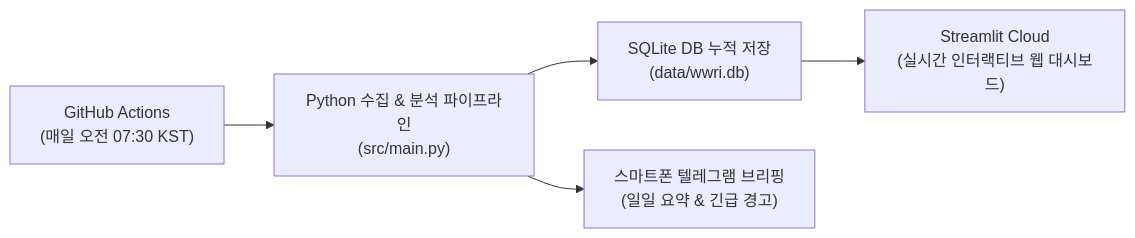
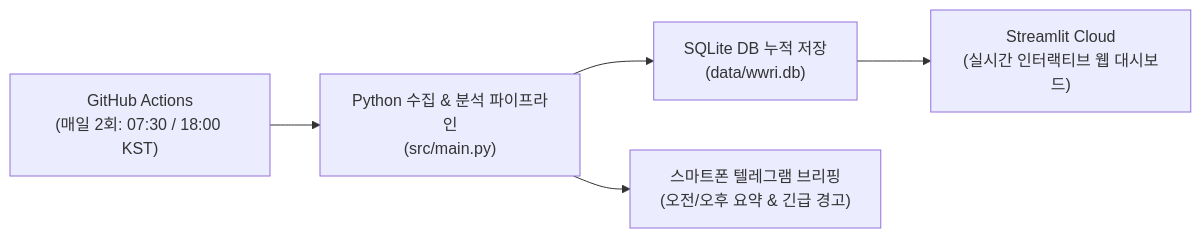
Before and after one commit to expert-san/war-risk-tracker: the diagram in README.md, drawn with Mermaid. The commit also changed 2 other files, not shown here.

Commit message:
feat: schedule twice-daily monitor runs (07:30 and 18:00 KST)

````diff
--- a/README.md
+++ b/README.md
@@ -10,7 +10,7 @@
 ```mermaid
 flowchart LR
-    A["GitHub Actions<br>(매일 오전 07:30 KST)"] --> B["Python 수집 & 분석 파이프라인<br>(src/main.py)"]
+    A["GitHub Actions<br>(매일 2회: 07:30 / 18:00 KST)"] --> B["Python 수집 & 분석 파이프라인<br>(src/main.py)"]
     B --> C["SQLite DB 누적 저장<br>(data/wwri.db)"]
-    B --> D["스마트폰 텔레그램 브리핑<br>(일일 요약 & 긴급 경고)"]
+    B --> D["스마트폰 텔레그램 브리핑<br>(오전/오후 요약 & 긴급 경고)"]
     C --> E["Streamlit Cloud<br>(실시간 인터랙티브 웹 대시보드)"]
 ```
````
